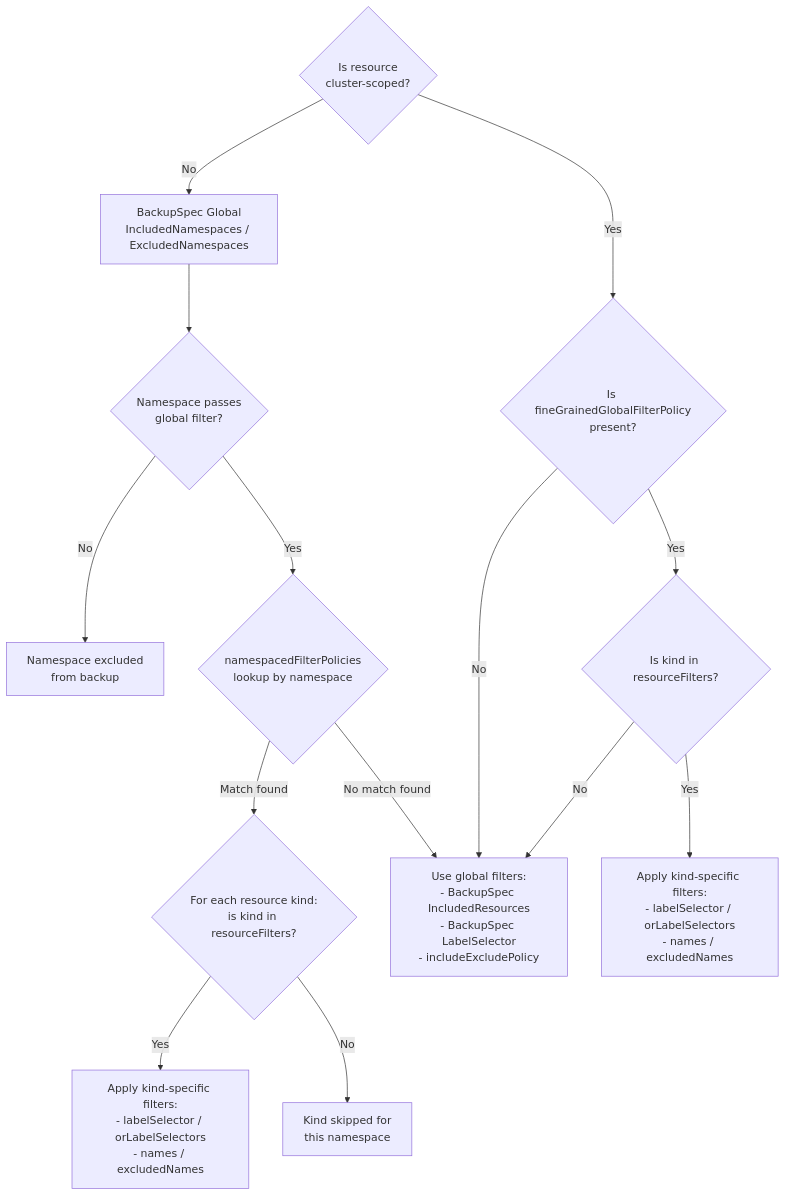
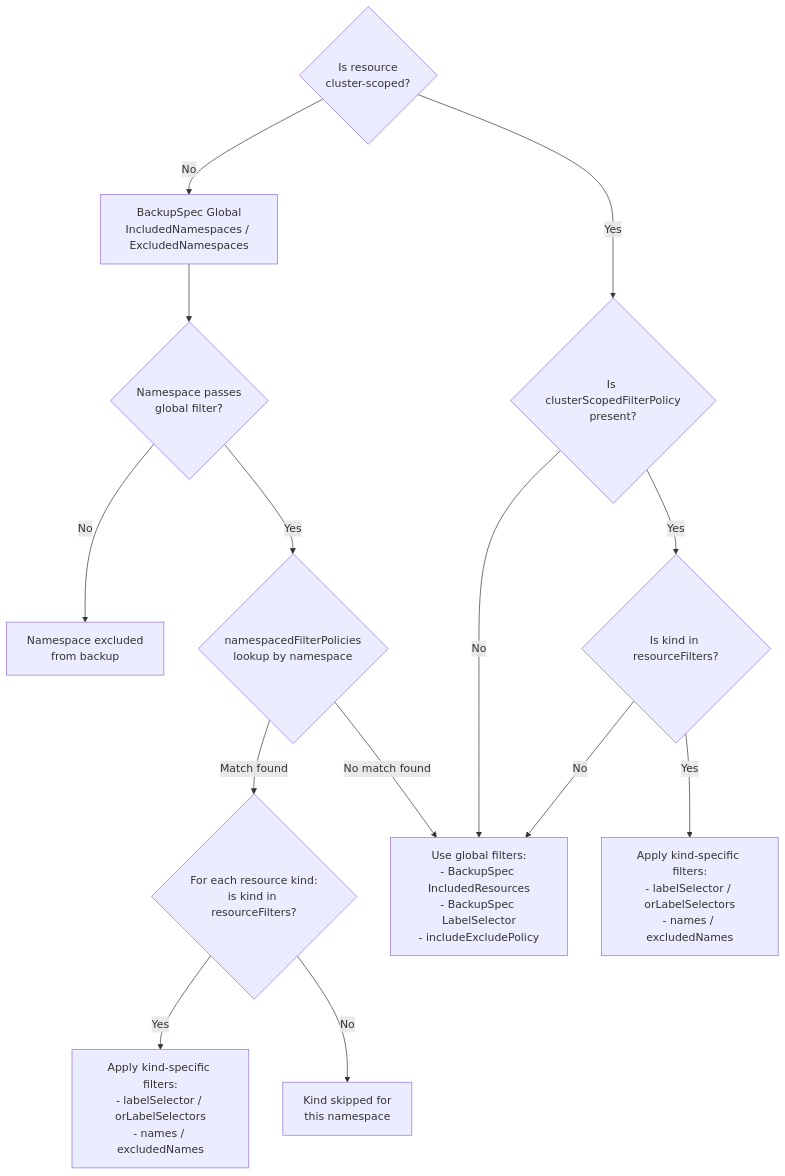
One commit to vmware-tanzu/velero changed the diagram in design/backup-filter-enhancement/fine-grained-backup-filters-design.md. Above: the diagram before and after it, drawn with Mermaid. The commit also changed other lines of this file, not shown here.

````diff
--- a/design/backup-filter-enhancement/fine-grained-backup-filters-design.md
+++ b/design/backup-filter-enhancement/fine-grained-backup-filters-design.md
@@ -170,31 +176,31 @@
 ```mermaid
 flowchart TD
     A["BackupSpec Global<br>IncludedNamespaces / ExcludedNamespaces"]
     B{Namespace passes<br>global filter?}
     C[Namespace excluded<br>from backup]
     D{namespacedFilterPolicies<br>lookup by namespace}
     E{"For each resource kind:<br>is kind in resourceFilters?"}
     F["Apply kind-specific filters:<br>- labelSelector / orLabelSelectors<br>- names / excludedNames"]
     G[Kind skipped for<br>this namespace]
     H["Use global filters:<br>- BackupSpec IncludedResources<br>- BackupSpec LabelSelector<br>- includeExcludePolicy"]
     
     I{"Is resource<br>cluster-scoped?"}
-    J{"Is fineGrainedGlobalFilterPolicy<br>present?"}
+    J{"Is clusterScopedFilterPolicy<br>present?"}
     K{"Is kind in resourceFilters?"}
     L["Apply kind-specific filters:<br>- labelSelector / orLabelSelectors<br>- names / excludedNames"]
     
     I -- Yes --> J
     J -- Yes --> K
     K -- Yes --> L
     K -- No --> H
     J -- No --> H
     
     I -- No --> A
     A --> B
     B -- No --> C
     B -- Yes --> D
     D -- Match found --> E
     E -- Yes --> F
     E -- No --> G
     D -- No match found --> H
 ```
````
